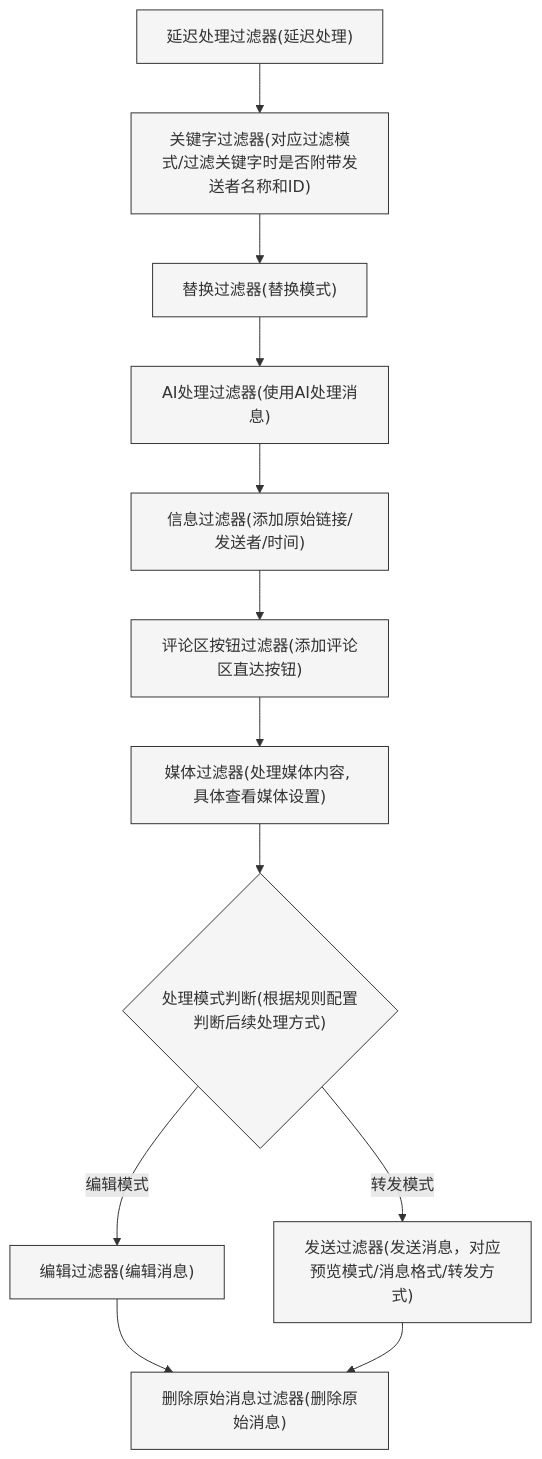
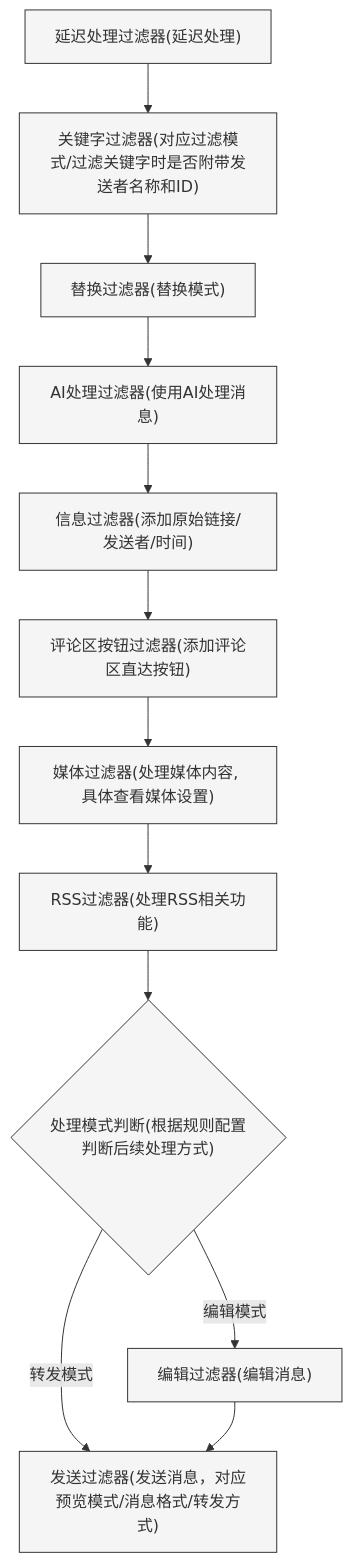
The diagram in README.md (zhangnoter/TG), drawn with Mermaid before and after one commit.

````diff
--- a/README.md
+++ b/README.md
@@ -322,19 +322,19 @@
 ```mermaid
 flowchart TD
     A["延迟处理过滤器(延迟处理)"] --> B["关键字过滤器(对应过滤模式/过滤关键字时是否附带发送者名称和ID)"]
     B --> C["替换过滤器(替换模式)"]
     C --> D["AI处理过滤器(使用AI处理消息)"]
     D --> E["信息过滤器(添加原始链接/发送者/时间)"]
     E --> K["评论区按钮过滤器(添加评论区直达按钮)"]
     K --> F["媒体过滤器(处理媒体内容, 具体查看媒体设置)"]
-    F --> J{"处理模式判断(根据规则配置判断后续处理方式)"}
-    J -->|编辑模式| G["编辑过滤器(编辑消息)"]
-    J -->|转发模式| H["发送过滤器(发送消息，对应预览模式/消息格式/转发方式)"]
-    G --> I["删除原始消息过滤器(删除原始消息)"]
+    F --> G["RSS过滤器(处理RSS相关功能)"]
+    G --> J{"处理模式判断(根据规则配置判断后续处理方式)"}
+    J -->|编辑模式| H["编辑过滤器(编辑消息)"]
+    J -->|转发模式| I["发送过滤器(发送消息，对应预览模式/消息格式/转发方式)"]
     H --> I
 
     classDef filter fill:#f5f5f5,stroke:#333,stroke-width:1px;
     class A,B,C,D,E,F,G,H,I,K filter;
     classDef decision fill:#f5f5f5,stroke:#333,stroke-width:1px;
     class J decision;
 ```
````
